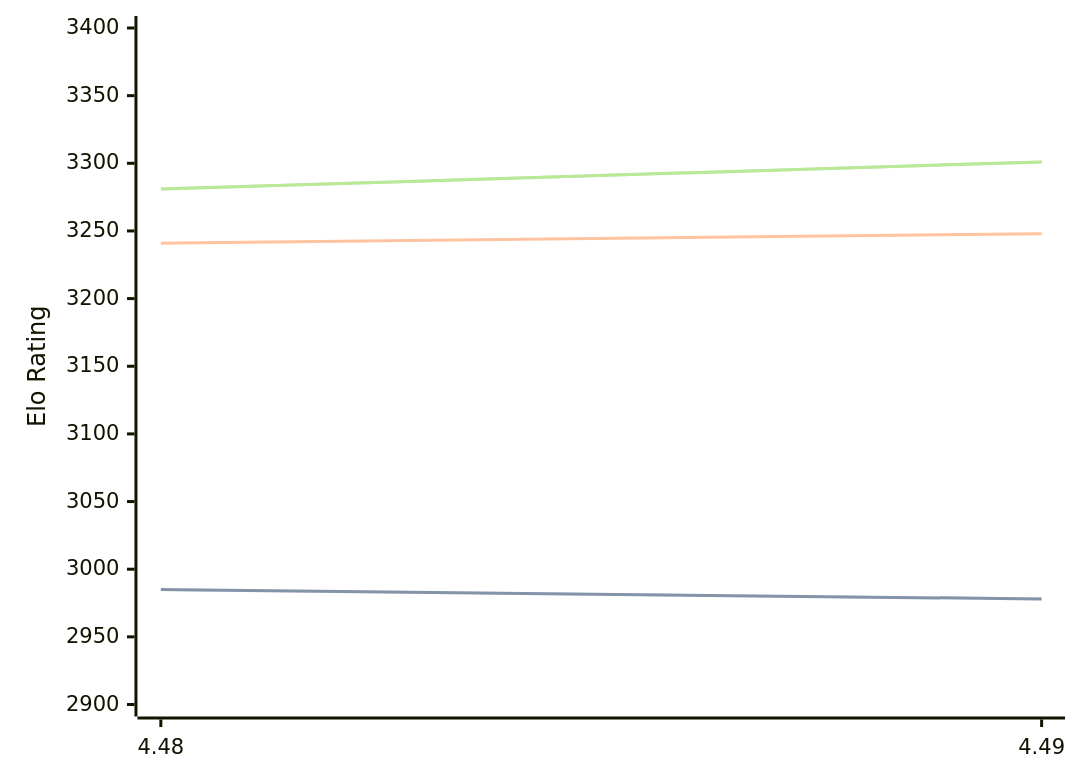
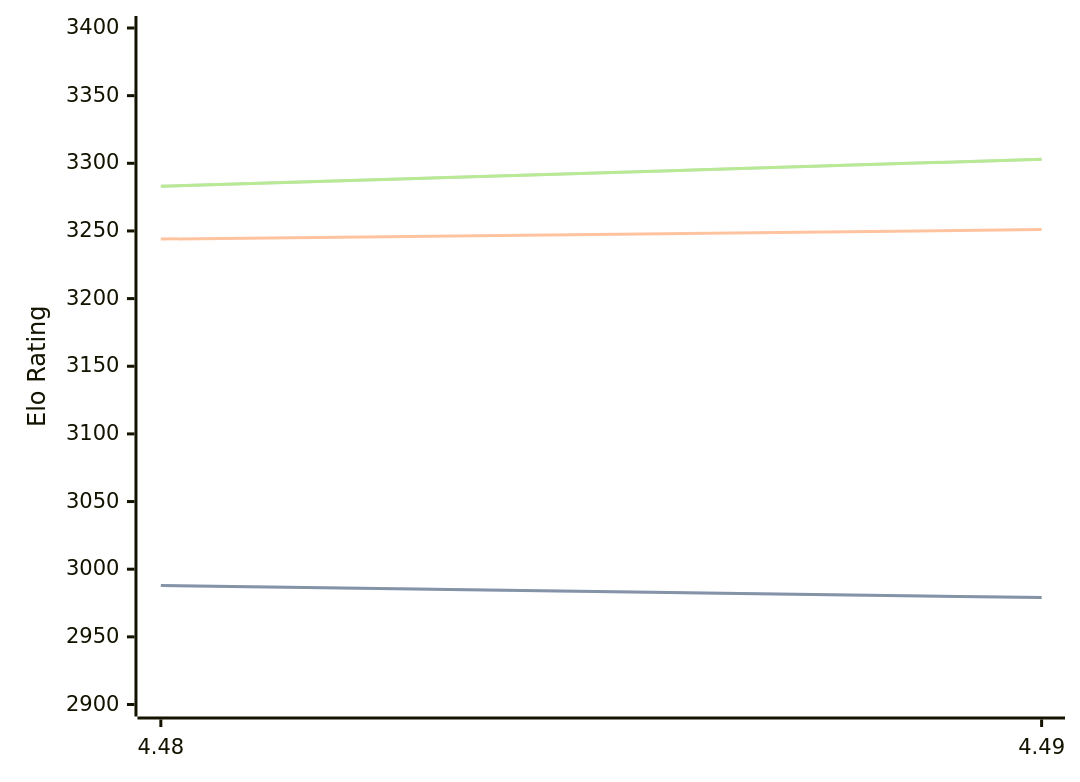
One commit to computer-chess-index/cci changed the diagram in engines/Cheng4.md. Above: the diagram before and after it, drawn with Mermaid. The commit also changed other lines of this file, not shown here.

Commit message:
Update CCI Ratings (ELO VLTC) - 2026-09-24

````diff
--- a/engines/Cheng4.md
+++ b/engines/Cheng4.md
@@ -32,11 +32,11 @@
 ```mermaid
 %%{init: {"theme":"base","themeVariables":{"seriesColors:['#a3a3a3','#222221','#faa371']}}}%%
 xychart-beta
   x-axis ["4.48", "4.49"]
   y-axis "Elo Rating" 2900 --> 3400
-  line "" [2985, 2978]
-  line "STC (8.0+0.08s)" [2985, 2978]
-  line "LTC (60.0+0.60s)" [3241, 3248]
-  line "" [3281, 3301]
-  line "VLTC (2m24s+1.12s)" [3281, 3301]
+  line "" [2988, 2979]
+  line "STC (8.0+0.08s)" [2988, 2979]
+  line "LTC (60.0+0.60s)" [3244, 3251]
+  line "" [3283, 3303]
+  line "VLTC (2m24s+1.12s)" [3283, 3303]
 ```
````
